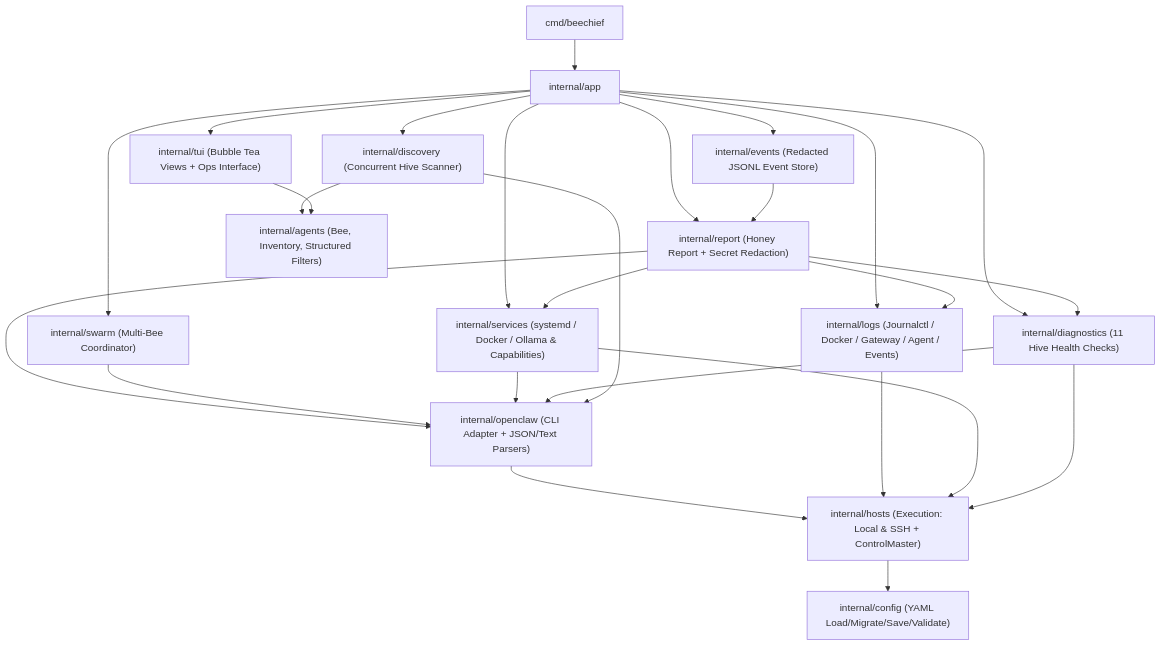
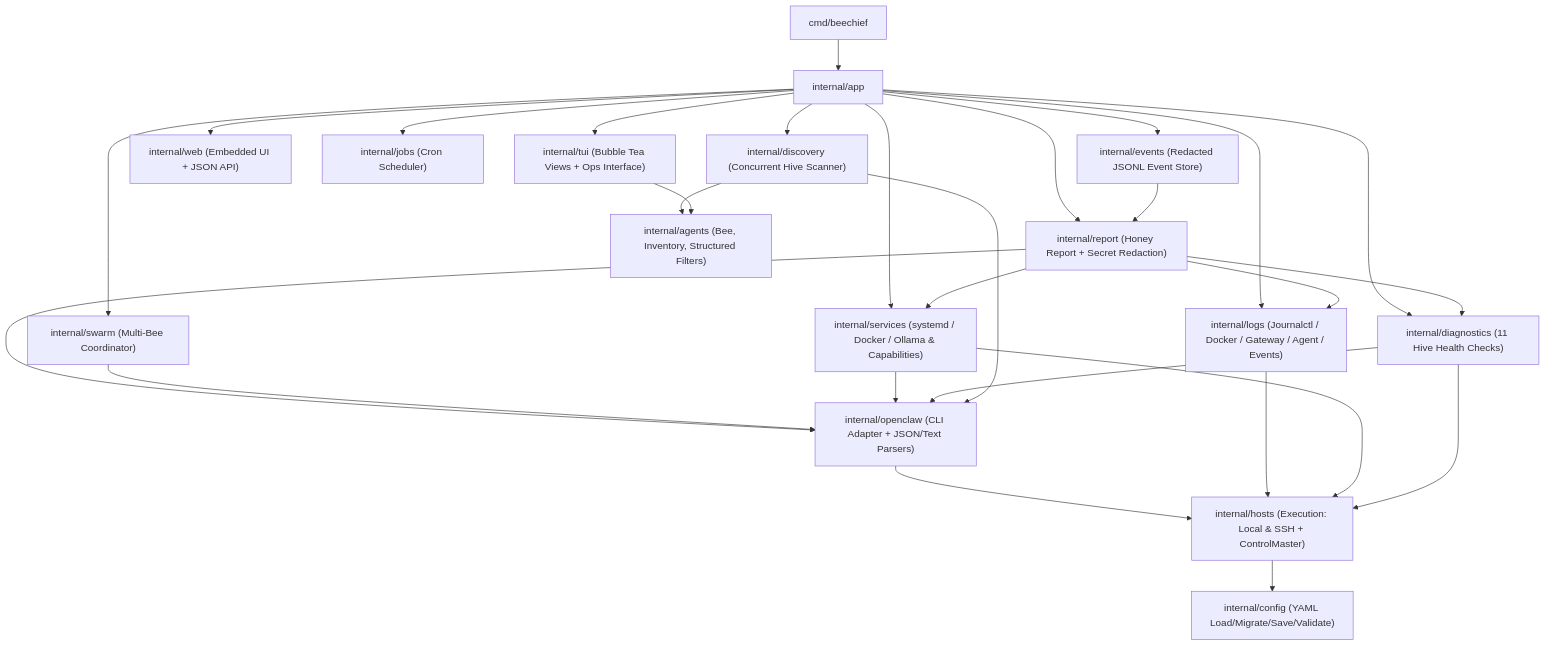
The diagram in ARCHITECTURE.md (meistro57/BeeChief), drawn with Mermaid before and after one commit. The commit also changed other lines of this file and 30 other files, not shown here.

First line of the commit message:
feat: add web UI, cron scheduler, and automation commands

````diff
--- a/ARCHITECTURE.md
+++ b/ARCHITECTURE.md
@@ -26,28 +28,30 @@
 ```mermaid
 flowchart TD
     CLI["cmd/beechief"] --> APP["internal/app"]
     APP --> TUI["internal/tui (Bubble Tea Views + Ops Interface)"]
+    APP --> WEB["internal/web (Embedded UI + JSON API)"]
+    APP --> JOBS["internal/jobs (Cron Scheduler)"]
     APP --> EVT["internal/events (Redacted JSONL Event Store)"]
     APP --> REP["internal/report (Honey Report + Secret Redaction)"]
     APP --> SWARM["internal/swarm (Multi-Bee Coordinator)"]
     APP --> LOGS["internal/logs (Journalctl / Docker / Gateway / Agent / Events)"]
     APP --> SVC["internal/services (systemd / Docker / Ollama & Capabilities)"]
     APP --> DIAG["internal/diagnostics (11 Hive Health Checks)"]
     APP --> DISC["internal/discovery (Concurrent Hive Scanner)"]
     EVT --> REP
     REP --> DIAG
     REP --> SVC
     REP --> LOGS
     REP --> OC["internal/openclaw (CLI Adapter + JSON/Text Parsers)"]
     SWARM --> OC
     SVC --> OC
     DIAG --> OC
     DISC --> OC
     OC --> HOSTS["internal/hosts (Execution: Local & SSH + ControlMaster)"]
     LOGS --> HOSTS
     SVC --> HOSTS
     DIAG --> HOSTS
     HOSTS --> CFG["internal/config (YAML Load/Migrate/Save/Validate)"]
     DISC --> AGENTS["internal/agents (Bee, Inventory, Structured Filters)"]
     TUI --> AGENTS
 ```
````
